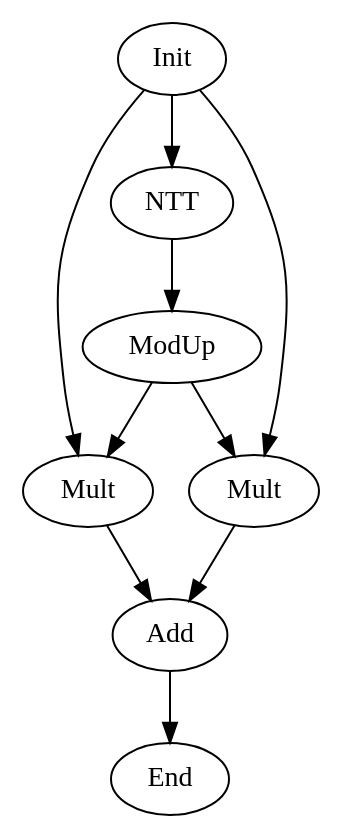
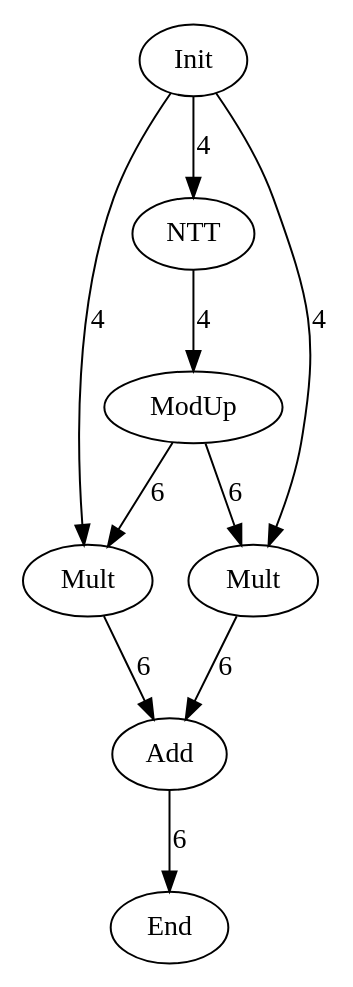
The diagram in data/graph_poly.dot (hal-lab-u-tokyo/PolyFHE), drawn with Graphviz before and after one commit. The commit also changed 7 other files, not shown here.

```diff
--- a/data/graph_poly.dot
+++ b/data/graph_poly.dot
@@ -1,18 +1,18 @@
 digraph G {
 Init[label="Init"];
 End[label="End"];
 NTT[label="NTT"];
 ModUp[label="ModUp"];
 Mult0[label="Mult"];
 Mult1[label="Mult"];
 Add[label="Add"];
-Init -> NTT;
-Init -> Mult0;
-Init -> Mult1;
-NTT -> ModUp;
-ModUp -> Mult0;
-ModUp -> Mult1;
-Mult0 -> Add;
-Mult1 -> Add;
-Add -> End;
+Init -> NTT[label="4"];
+Init -> Mult0[label="4"];
+Init -> Mult1[label="4"];
+NTT -> ModUp[label="4"];
+ModUp -> Mult0[label="6"];
+ModUp -> Mult1[label="6"];
+Mult0 -> Add[label="6"];
+Mult1 -> Add[label="6"];
+Add -> End[label="6"];
 }
```
